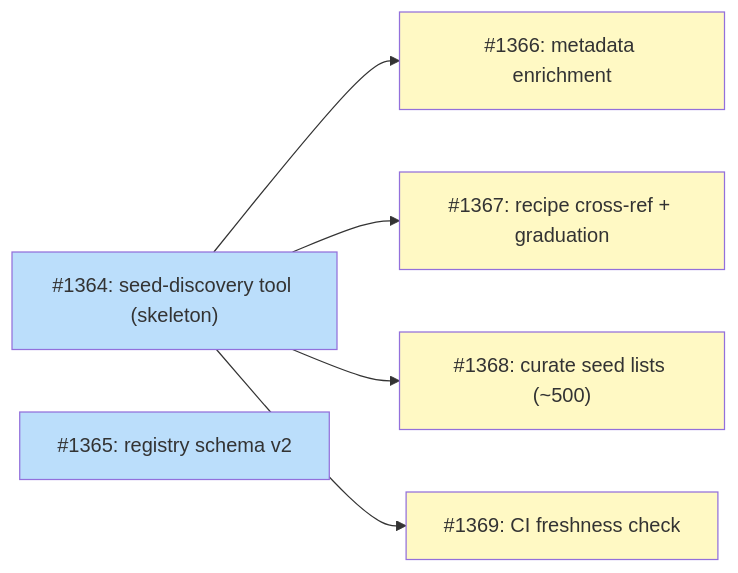
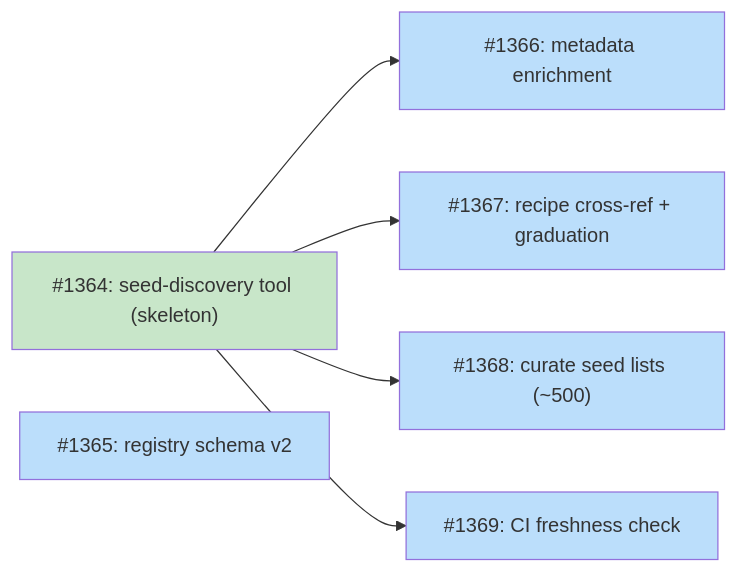
One commit to tsukumogami/tsuku changed the diagram in docs/designs/DESIGN-discovery-registry-bootstrap.md. Above: the diagram before and after it, drawn with Mermaid. The commit also changed other lines of this file and 10 other files, not shown here.

First line of the commit message:
feat(discover): add seed-discovery tool skeleton with schema v2 support (#1377)

````diff
--- a/docs/designs/DESIGN-discovery-registry-bootstrap.md
+++ b/docs/designs/DESIGN-discovery-registry-bootstrap.md
@@ -54,22 +53,23 @@
 ```mermaid
 graph LR
     I1364["#1364: seed-discovery tool (skeleton)"]
     I1365["#1365: registry schema v2"]
     I1366["#1366: metadata enrichment"]
     I1367["#1367: recipe cross-ref + graduation"]
     I1368["#1368: curate seed lists (~500)"]
     I1369["#1369: CI freshness check"]
 
     I1364 --> I1366
     I1364 --> I1367
     I1364 --> I1368
     I1364 --> I1369
 
     classDef done fill:#c8e6c9
     classDef ready fill:#bbdefb
     classDef blocked fill:#fff9c4
     classDef needsDesign fill:#e1bee7
 
-    class I1364,I1365 ready
-    class I1366,I1367,I1368,I1369 blocked
+    class I1364 done
+    class I1365 ready
+    class I1366,I1367,I1368,I1369 ready
 ```
````
